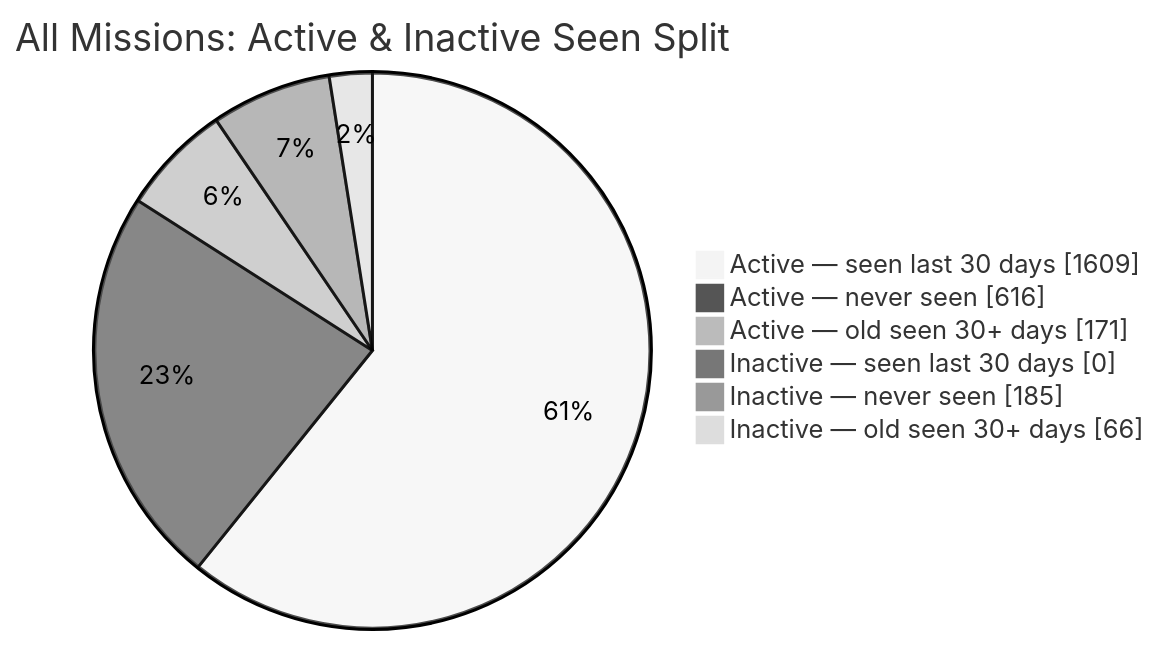
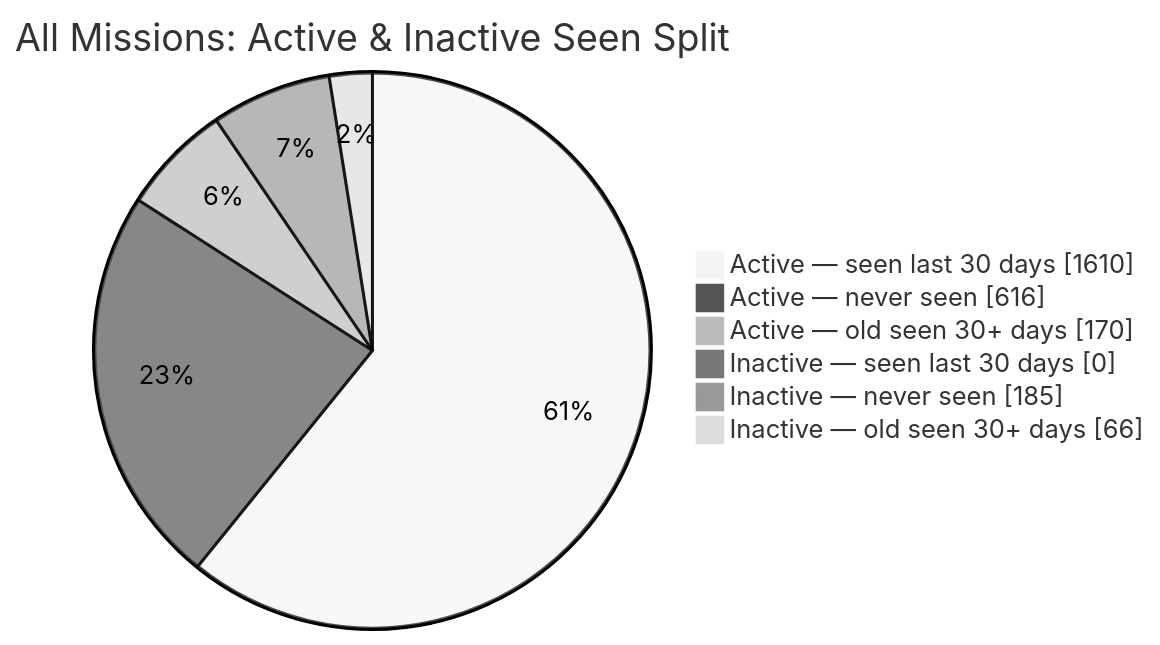
Before and after one commit to MeldkamerspelGameTeam/active-missions: the second of 2 diagrams in README.md, drawn with Mermaid (neutral theme). The commit also changed other lines of this file and 2 other files, not shown here.

````diff
--- a/README.md
+++ b/README.md
@@ -44,10 +44,10 @@
 ```mermaid
 pie showData
     title All Missions: Active & Inactive Seen Split
-    "Active — seen last 30 days" : 1609
+    "Active — seen last 30 days" : 1610
     "Active — never seen" : 616
-    "Active — old seen 30+ days" : 171
+    "Active — old seen 30+ days" : 170
     "Inactive — seen last 30 days" : 0
     "Inactive — never seen" : 185
     "Inactive — old seen 30+ days" : 66
 ```
````
